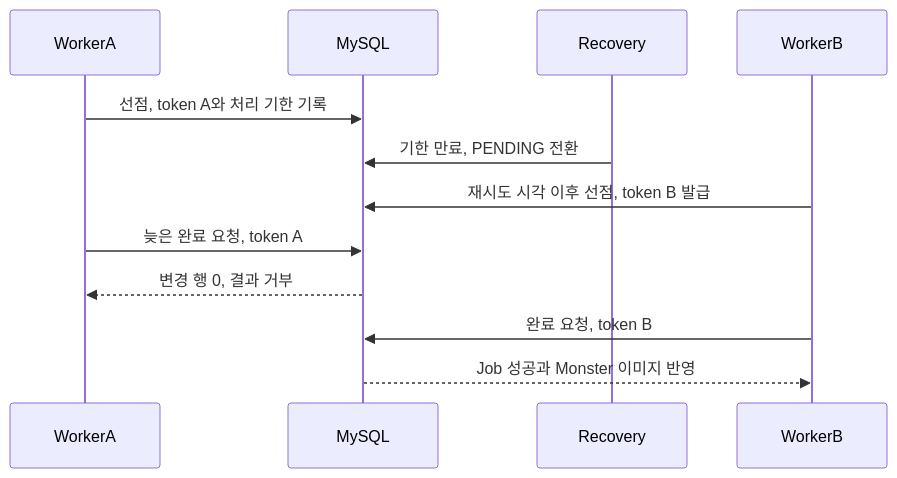
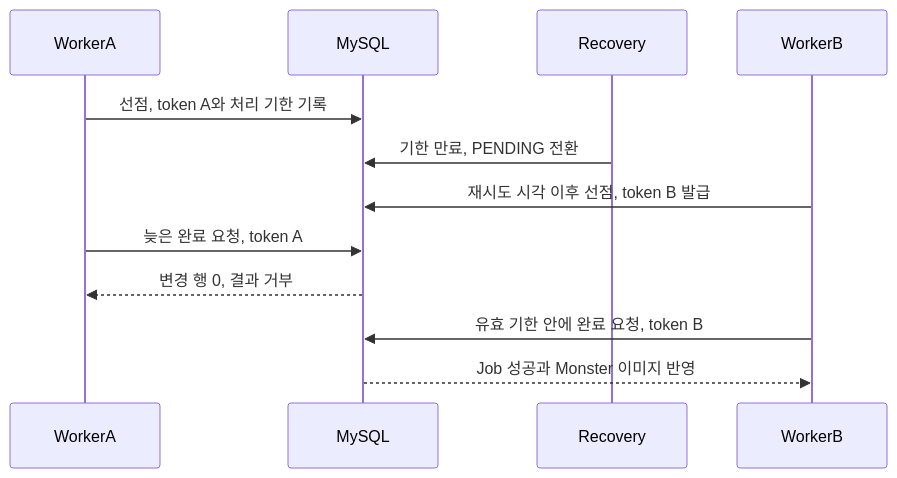
Before and after one commit to kangrae-jo/woowa-archive: the third of 3 diagrams in technical-writing/blog-draft/03-implementation.md, drawn with Mermaid. The commit also changed other lines of this file and 19 other files, not shown here.

````diff
--- a/technical-writing/blog-draft/03-implementation.md
+++ b/technical-writing/blog-draft/03-implementation.md
@@ -72,15 +96,15 @@
 ```mermaid
 sequenceDiagram
     participant WorkerA
     participant MySQL
     participant Recovery
     participant WorkerB
 
     WorkerA->>MySQL: 선점, token A와 처리 기한 기록
     Recovery->>MySQL: 기한 만료, PENDING 전환
     WorkerB->>MySQL: 재시도 시각 이후 선점, token B 발급
     WorkerA->>MySQL: 늦은 완료 요청, token A
     MySQL-->>WorkerA: 변경 행 0, 결과 거부
-    WorkerB->>MySQL: 완료 요청, token B
+    WorkerB->>MySQL: 유효 기한 안에 완료 요청, token B
     MySQL-->>WorkerB: Job 성공과 Monster 이미지 반영
 ```
````
